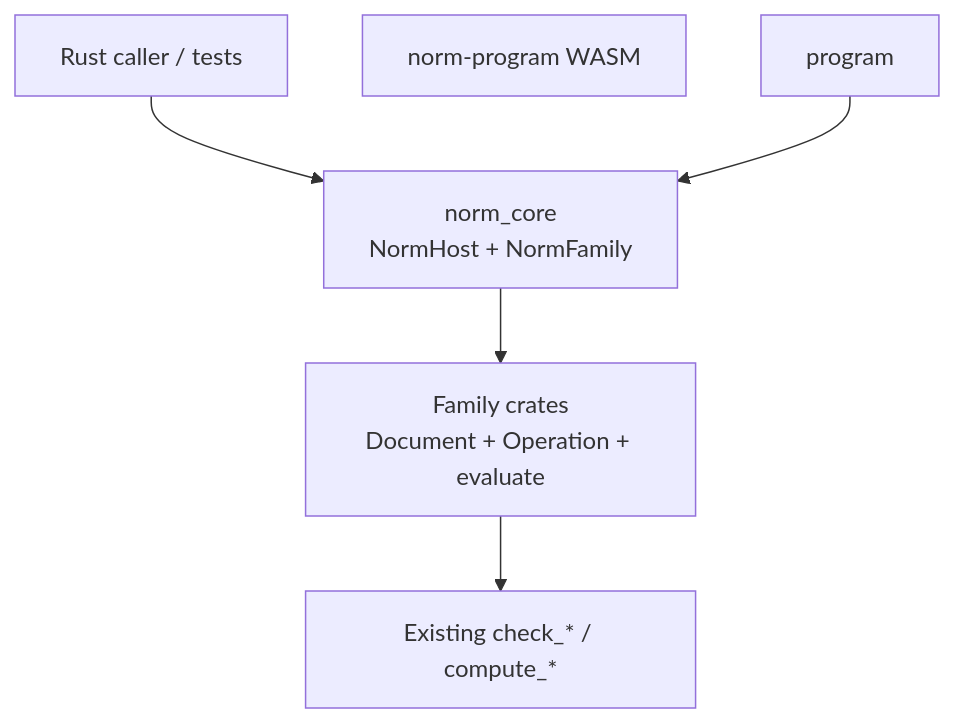
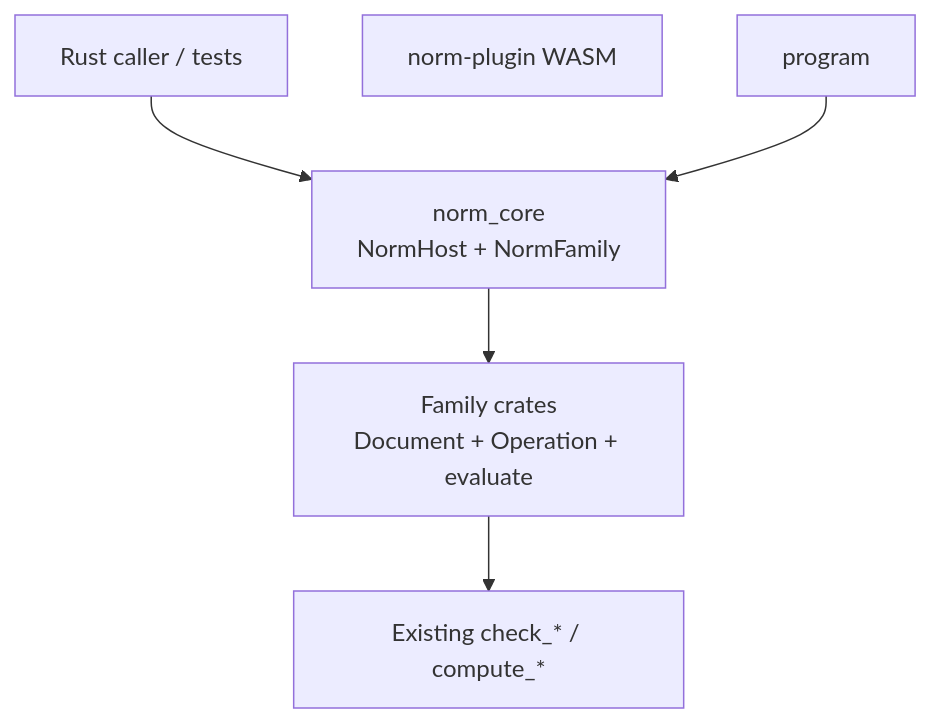
One commit to usalu/semio changed the diagram in .cursor/plans/norm_plugin_apps_88de84b8.plan.md. Above: the diagram before and after it, drawn with Mermaid. The commit also changed other lines of this file and 663 other files, not shown here.

````diff
--- a/.cursor/plans/norm_plugin_apps_88de84b8.plan.md
+++ b/.cursor/plans/norm_plugin_apps_88de84b8.plan.md
@@ -32,13 +32,13 @@
 ```mermaid
 flowchart TB
   caller["Rust caller / tests"]
-  plugin["norm-program WASM"]
+  plugin["norm-plugin WASM"]
   core["norm_core\nNormHost + NormFamily"]
   families["Family crates\nDocument + Operation + evaluate"]
   checks["Existing check_* / compute_*"]
 
   caller --> core
   program --> core
   core --> families
   families --> checks
 ```
````
